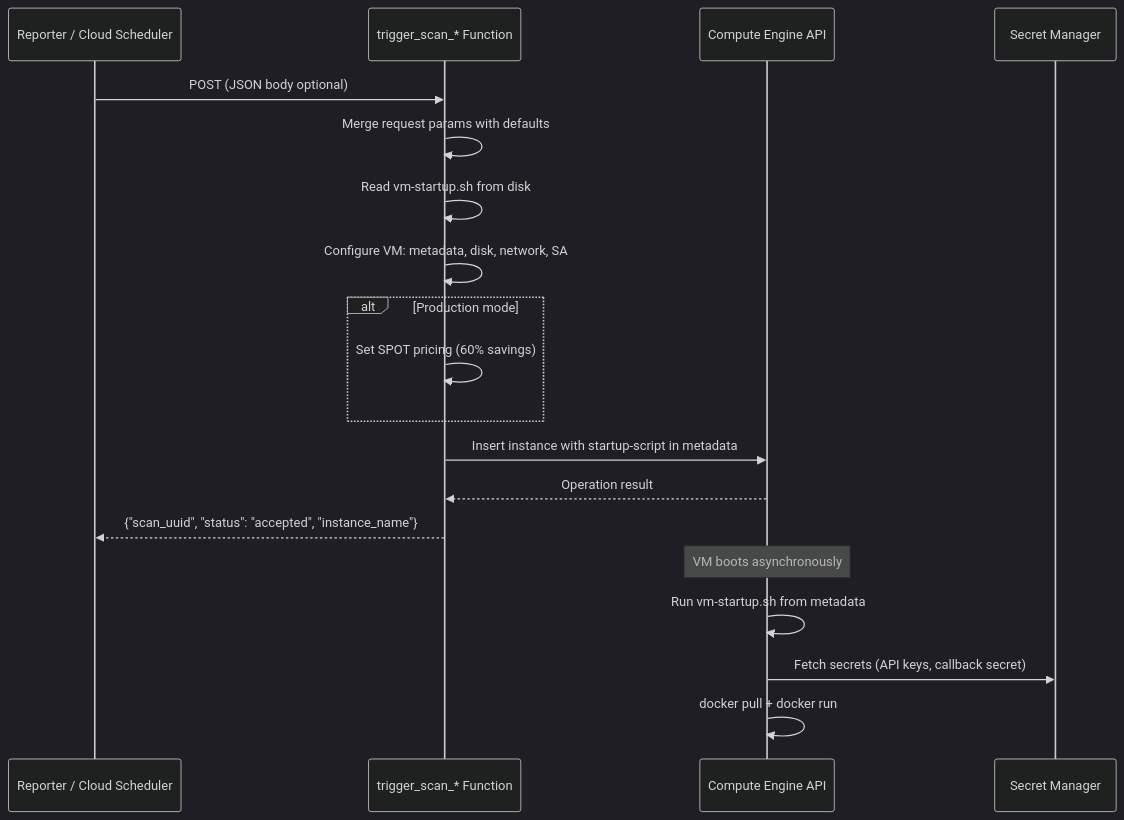
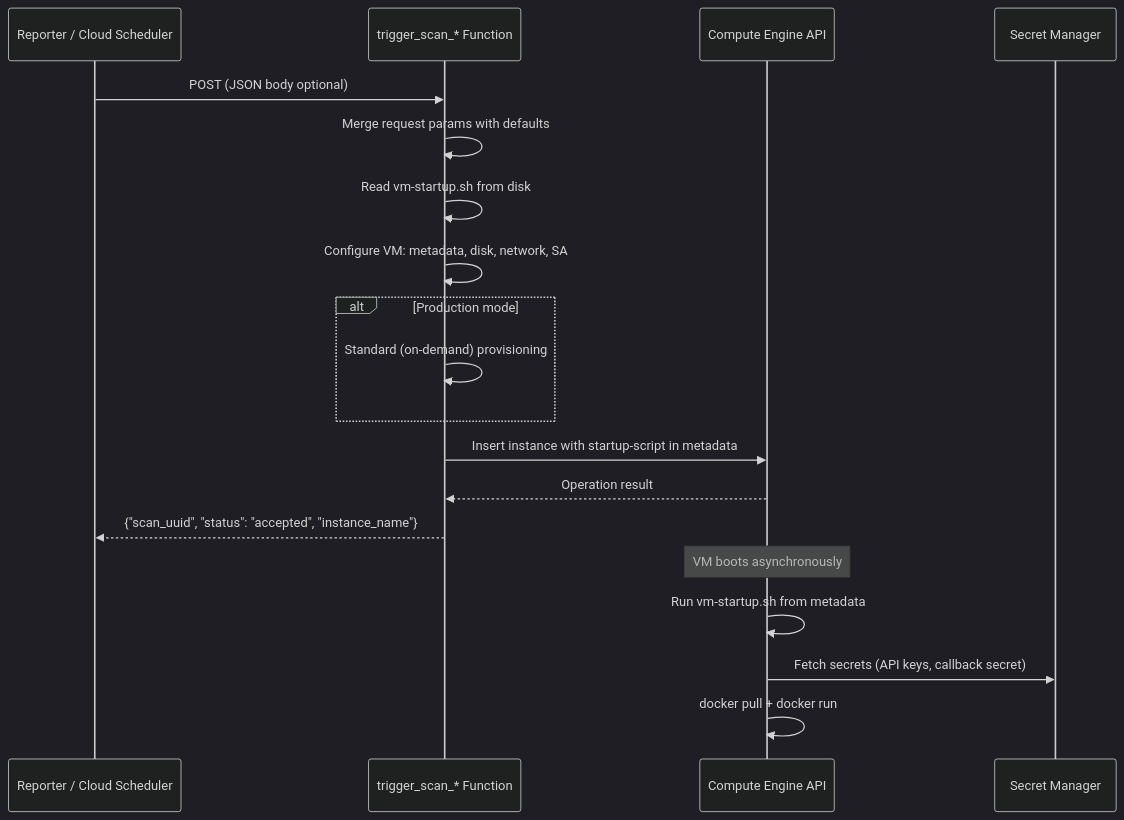
One commit to Peregrine-Technology-Systems/peregrine-penetrator-scanner changed the tenth of 24 diagrams in docs/ARCHITECTURE.md. Above: the diagram before and after it, drawn with Mermaid (dark theme). The commit also changed other lines of this file and 2 other files, not shown here.

````diff
--- a/docs/ARCHITECTURE.md
+++ b/docs/ARCHITECTURE.md
@@ -407,25 +409,25 @@
 ```mermaid
 sequenceDiagram
     participant Caller as Reporter / Cloud Scheduler
     participant CF as trigger_scan_* Function
     participant GCE as Compute Engine API
     participant SM as Secret Manager
 
     Caller->>CF: POST (JSON body optional)
     CF->>CF: Merge request params with defaults
     CF->>CF: Read vm-startup.sh from disk
     CF->>CF: Configure VM: metadata, disk, network, SA
 
     alt Production mode
-        CF->>CF: Set SPOT pricing (60% savings)
+        CF->>CF: Standard (on-demand) provisioning
     end
 
     CF->>GCE: Insert instance with startup-script in metadata
     GCE-->>CF: Operation result
     CF-->>Caller: {"scan_uuid", "status": "accepted", "instance_name"}
 
     Note over GCE: VM boots asynchronously
     GCE->>GCE: Run vm-startup.sh from metadata
     GCE->>SM: Fetch secrets (API keys, callback secret)
     GCE->>GCE: docker pull + docker run
 ```
````
